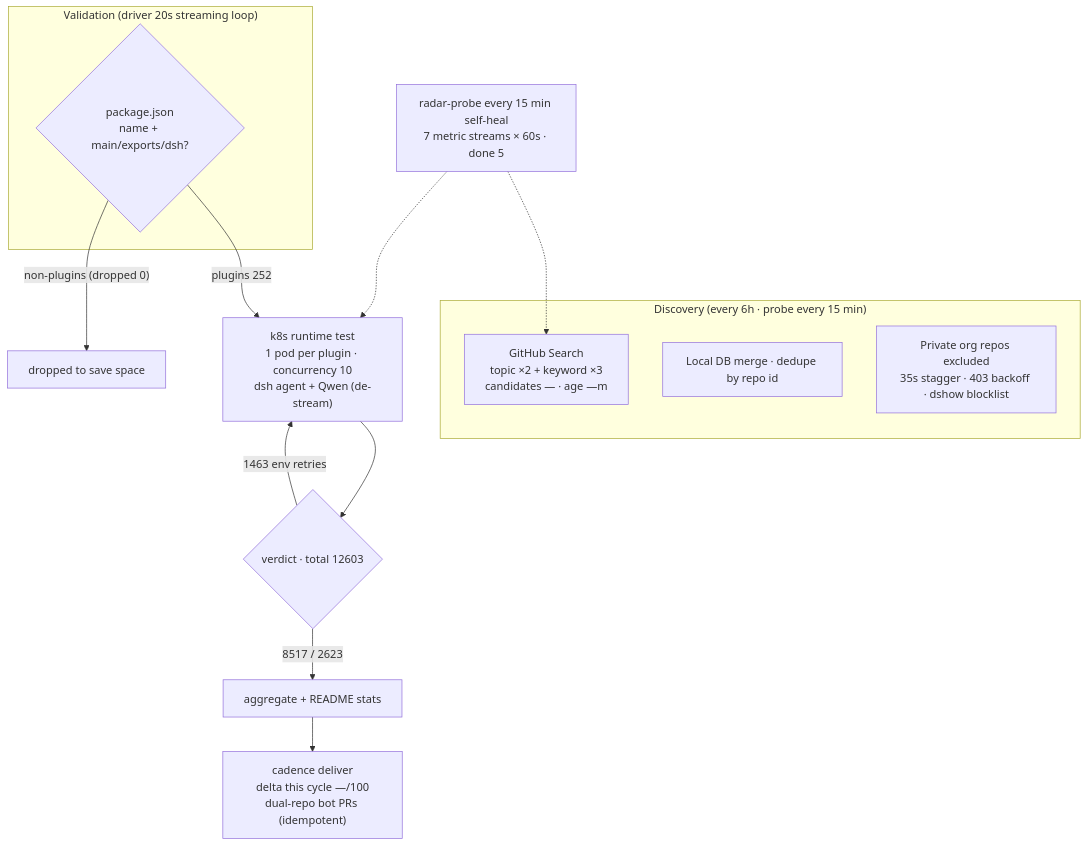
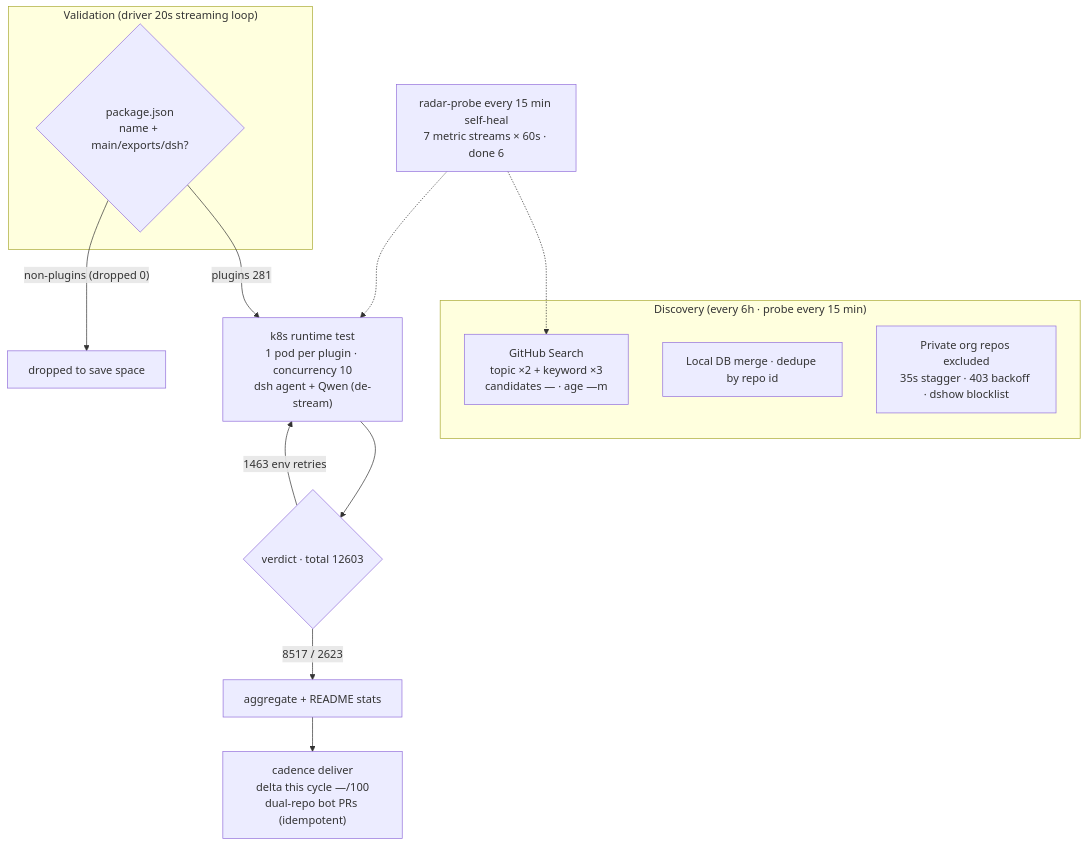
Before and after one commit to AdamPlatin123/awesome-dsh-plugins: the diagram in README.en-US.md, drawn with Mermaid. The commit also changed other lines of this file and 5 other files, not shown here.

````diff
--- a/README.en-US.md
+++ b/README.en-US.md
@@ -45,20 +45,20 @@
 ```mermaid
 flowchart TB
     subgraph Discovery["Discovery (every 6h · probe every 15 min)"]
         A1["GitHub Search<br/>topic ×2 + keyword ×3<br/>candidates — · age —m"]
         A2["Local DB merge · dedupe by repo id"]
         A3["Private org repos excluded<br/>35s stagger · 403 backoff · dshow blocklist"]
     end
     subgraph Validation["Validation (driver 20s streaming loop)"]
         B1{"package.json<br/>name + main/exports/dsh?"}
     end
-    B1 -->|"plugins 252"| C1["k8s runtime test<br/>1 pod per plugin · concurrency 10<br/>dsh agent + Qwen (de-stream)"]
+    B1 -->|"plugins 281"| C1["k8s runtime test<br/>1 pod per plugin · concurrency 10<br/>dsh agent + Qwen (de-stream)"]
     B1 -->|"non-plugins (dropped 0)"| B3["dropped to save space"]
     C1 --> D1{"verdict · total 12603"}
     D1 -->|"8517 / 2623"| E1["aggregate + README stats"]
     D1 -->|"1463 env retries"| C1
     E1 --> E2["cadence deliver<br/>delta this cycle —/100<br/>dual-repo bot PRs (idempotent)"]
-    M["radar-probe every 15 min self-heal<br/>7 metric streams × 60s · done 5"]
+    M["radar-probe every 15 min self-heal<br/>7 metric streams × 60s · done 6"]
     M -.-> A1
     M -.-> C1
 ```
````
